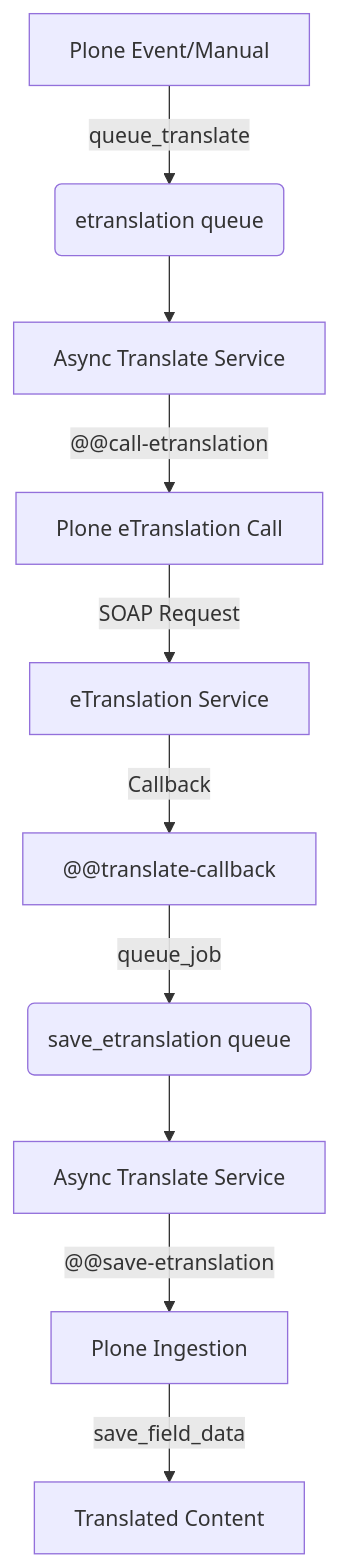
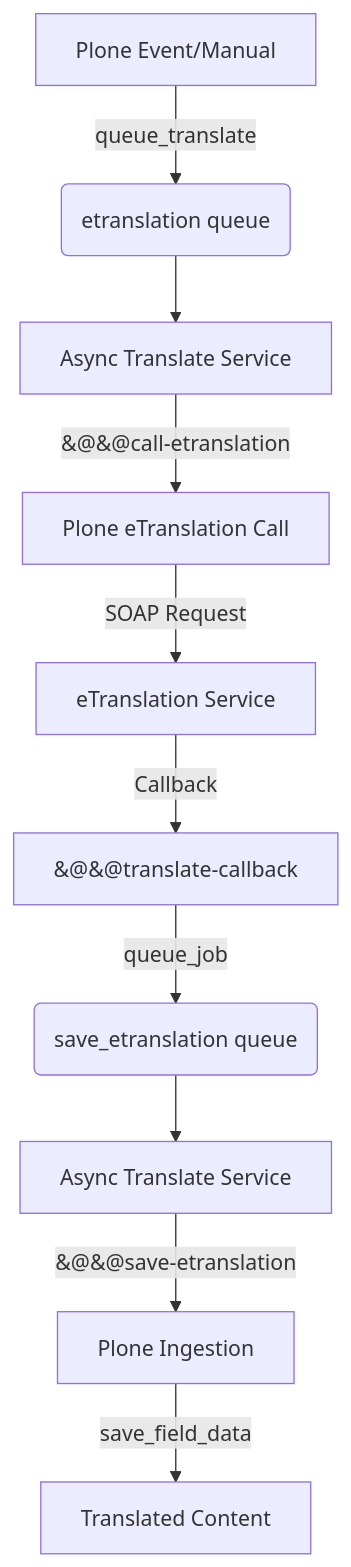
One commit to eea/eea.climateadapt.plone changed the diagram in eea/climateadapt/translation/TRANSLATION.md. Above: the diagram before and after it, drawn with Mermaid.

````diff
--- a/eea/climateadapt/translation/TRANSLATION.md
+++ b/eea/climateadapt/translation/TRANSLATION.md
@@ -13,12 +13,12 @@
 ```mermaid
 graph TD
     A[Plone Event/Manual] -->|queue_translate| B(etranslation queue)
     B --> C[Async Translate Service]
-    C -->|"@@call-etranslation"| D[Plone eTranslation Call]
+    C -- "&#64;&#64;call-etranslation" --> D[Plone eTranslation Call]
     D -->|SOAP Request| E[eTranslation Service]
-    E -->|Callback| F["@@translate-callback"]
+    E -->|Callback| F["&#64;&#64;translate-callback"]
     F -->|queue_job| G(save_etranslation queue)
     G --> H[Async Translate Service]
-    H -->|"@@save-etranslation"| I[Plone Ingestion]
+    H -- "&#64;&#64;save-etranslation" --> I[Plone Ingestion]
     I -->|save_field_data| J[Translated Content]
 ```
````
